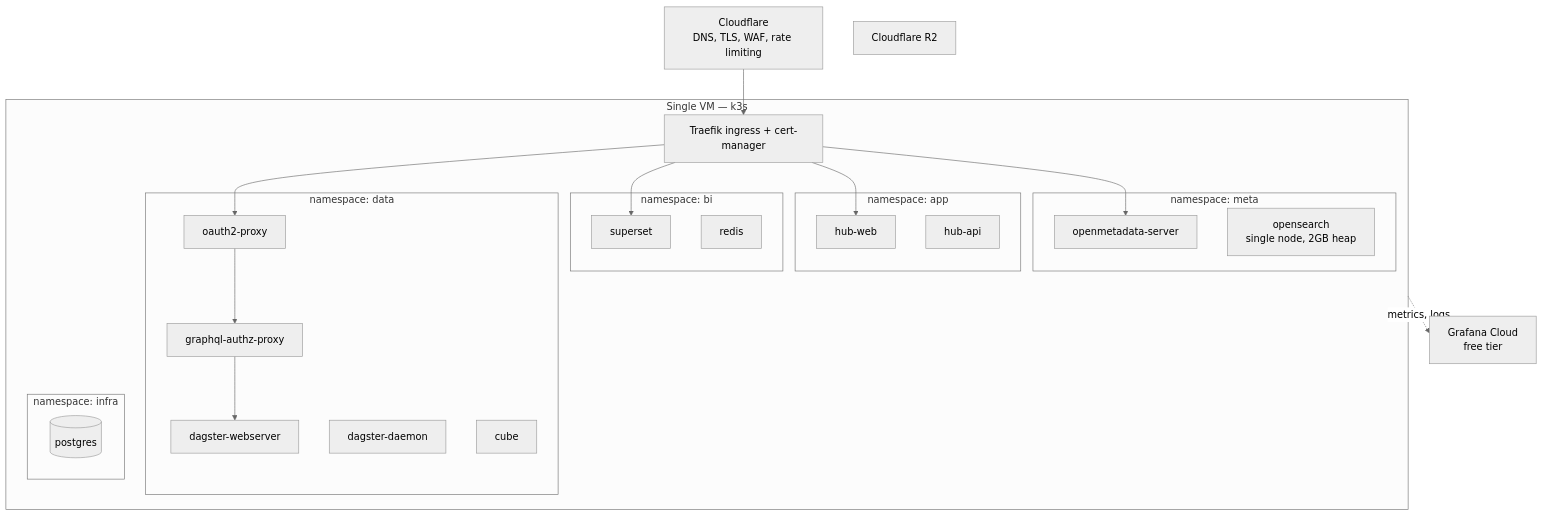
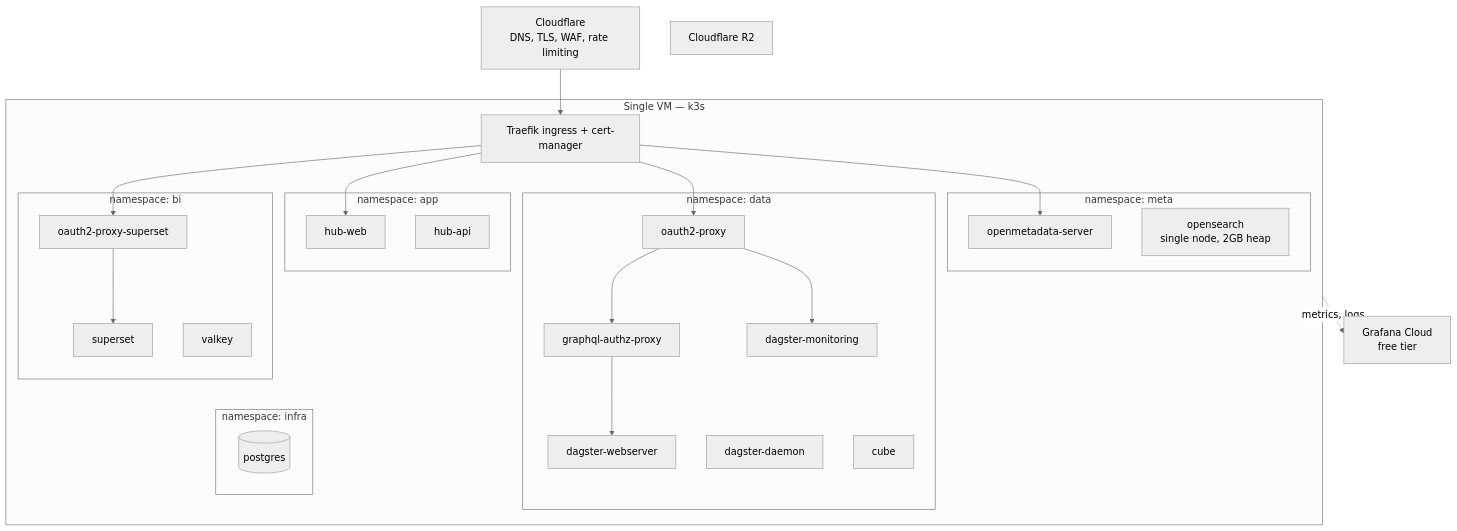
Before and after one commit to kgmcquate/open-health-data-platform: the third of 3 diagrams in docs/ARCHITECTURE.md, drawn with Mermaid (neutral theme). The commit also changed other lines of this file and 21 other files, not shown here.

Commit message:
added superset and dagster monitoring

````diff
--- a/docs/ARCHITECTURE.md
+++ b/docs/ARCHITECTURE.md
@@ -154,47 +154,51 @@
 ```mermaid
 flowchart TB
     CF["Cloudflare<br/>DNS, TLS, WAF, rate limiting"]
 
     subgraph vm["Single VM — k3s"]
         ING["Traefik ingress + cert-manager"]
 
         subgraph nsapp["namespace: app"]
             A1["hub-web"]
             A2["hub-api"]
         end
 
         subgraph nsdata["namespace: data"]
             D1["dagster-webserver"]
             D2["dagster-daemon"]
             D3["graphql-authz-proxy"]
             D4["oauth2-proxy"]
+            D5["dagster-monitoring"]
             D6["cube"]
         end
 
         subgraph nsbi["namespace: bi"]
+            B0["oauth2-proxy-superset"]
             B1["superset"]
-            B2["redis"]
+            B2["valkey"]
         end
 
         subgraph nsmeta["namespace: meta"]
             M1["openmetadata-server"]
             M2["opensearch<br/>single node, 2GB heap"]
         end
 
         subgraph nsinfra["namespace: infra"]
             P1[("postgres")]
         end
     end
 
     R2["Cloudflare R2"]
     GC["Grafana Cloud<br/>free tier"]
 
     CF --> ING
     ING --> A1
     ING --> D4
-    ING --> B1
+    ING --> B0
     ING --> M1
     D4 --> D3
+    D4 --> D5
     D3 --> D1
+    B0 --> B1
     vm -.->|metrics, logs| GC
 ```
````
